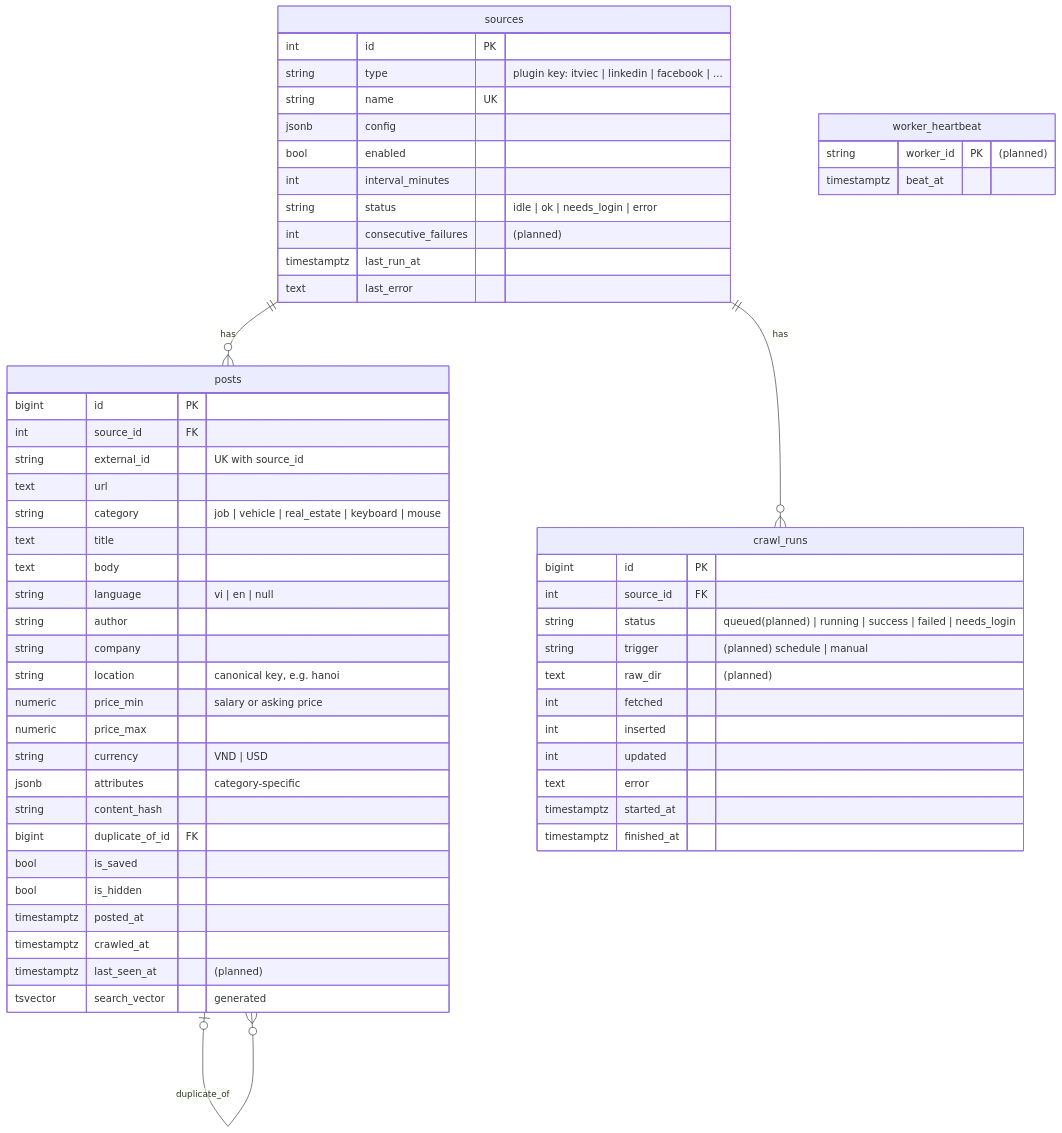
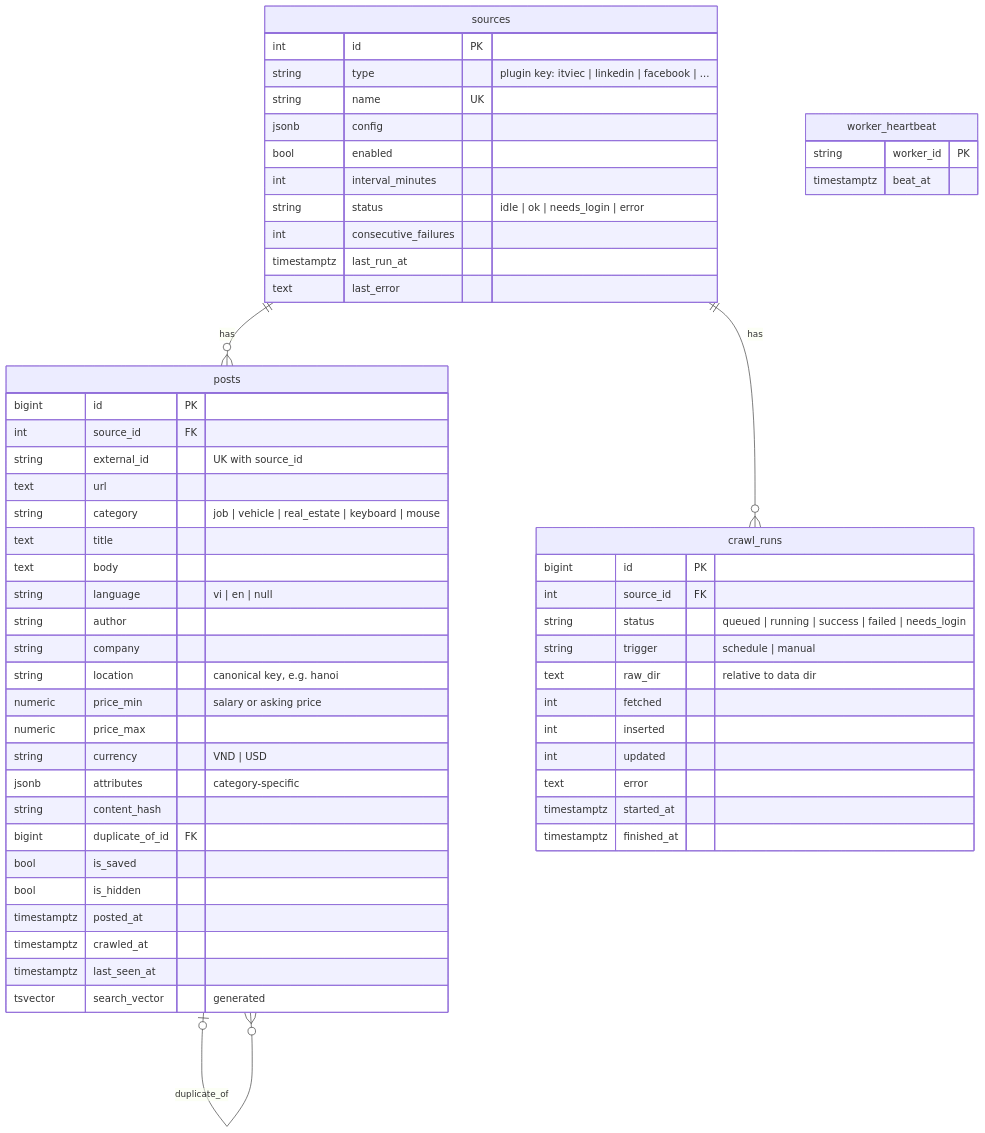
The fourth of 8 diagrams in docs/ARCHITECTURE.md (Corbin09/StreamFeed), drawn with Mermaid before and after one commit. The commit also changed other lines of this file and 24 other files, not shown here.

````diff
--- a/docs/ARCHITECTURE.md
+++ b/docs/ARCHITECTURE.md
@@ -172,61 +176,61 @@
 ```mermaid
 erDiagram
     sources ||--o{ posts : has
     sources ||--o{ crawl_runs : has
     posts |o--o{ posts : "duplicate_of"
 
     sources {
         int id PK
         string type "plugin key: itviec | linkedin | facebook | ..."
         string name UK
         jsonb config
         bool enabled
         int interval_minutes
         string status "idle | ok | needs_login | error"
-        int consecutive_failures "(planned)"
+        int consecutive_failures
         timestamptz last_run_at
         text last_error
     }
     posts {
         bigint id PK
         int source_id FK
         string external_id "UK with source_id"
         text url
         string category "job | vehicle | real_estate | keyboard | mouse"
         text title
         text body
         string language "vi | en | null"
         string author
         string company
         string location "canonical key, e.g. hanoi"
         numeric price_min "salary or asking price"
         numeric price_max
         string currency "VND | USD"
         jsonb attributes "category-specific"
         string content_hash
         bigint duplicate_of_id FK
         bool is_saved
         bool is_hidden
         timestamptz posted_at
         timestamptz crawled_at
-        timestamptz last_seen_at "(planned)"
+        timestamptz last_seen_at
         tsvector search_vector "generated"
     }
     crawl_runs {
         bigint id PK
         int source_id FK
-        string status "queued(planned) | running | success | failed | needs_login"
-        string trigger "(planned) schedule | manual"
-        text raw_dir "(planned)"
+        string status "queued | running | success | failed | needs_login"
+        string trigger "schedule | manual"
+        text raw_dir "relative to data dir"
         int fetched
         int inserted
         int updated
         text error
         timestamptz started_at
         timestamptz finished_at
     }
     worker_heartbeat {
-        string worker_id PK "(planned)"
+        string worker_id PK
         timestamptz beat_at
     }
 ```
````
